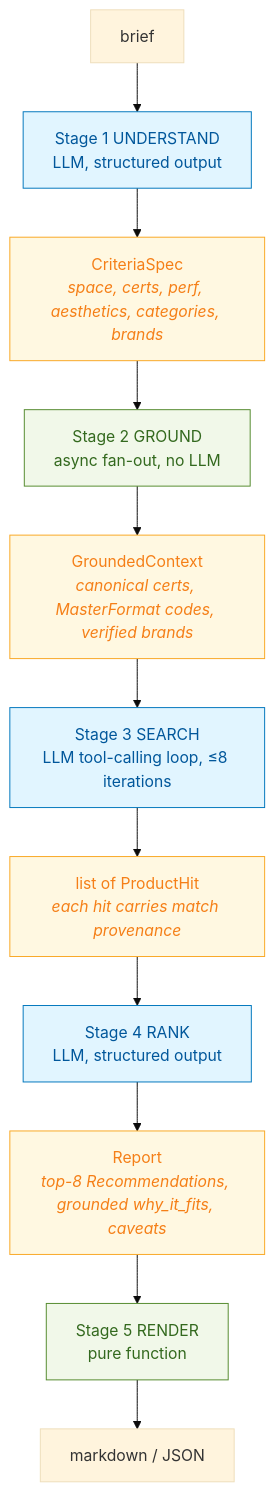
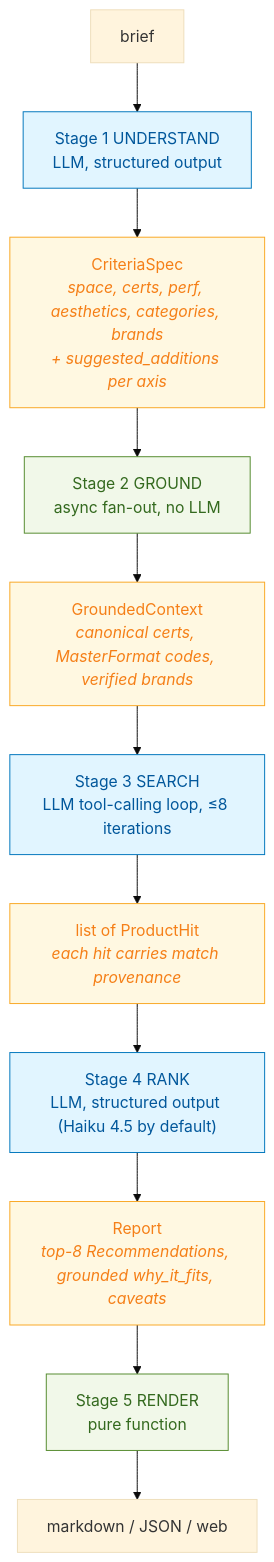
One commit to sungjunleeee/acelab-technical-challenge changed the first of 2 diagrams in README.md. Above: the diagram before and after it, drawn with Mermaid (base theme). The commit also changed other lines of this file, not shown here.

````diff
--- a/README.md
+++ b/README.md
@@ -68,20 +59,20 @@
 ```mermaid
 flowchart TD
     A[brief] --> B["Stage 1 UNDERSTAND<br/>LLM, structured output"]
-    B --> C["CriteriaSpec<br/><i>space, certs, perf, aesthetics, categories, brands</i>"]
+    B --> C["CriteriaSpec<br/><i>space, certs, perf, aesthetics, categories, brands<br/>+ suggested_additions per axis</i>"]
     C --> D["Stage 2 GROUND<br/>async fan-out, no LLM"]
     D --> E["GroundedContext<br/><i>canonical certs, MasterFormat codes, verified brands</i>"]
     E --> F["Stage 3 SEARCH<br/>LLM tool-calling loop, &le;8 iterations"]
     F --> G["list of ProductHit<br/><i>each hit carries match provenance</i>"]
-    G --> H["Stage 4 RANK<br/>LLM, structured output"]
+    G --> H["Stage 4 RANK<br/>LLM, structured output (Haiku 4.5 by default)"]
     H --> I["Report<br/><i>top-8 Recommendations, grounded why_it_fits, caveats</i>"]
     I --> J["Stage 5 RENDER<br/>pure function"]
-    J --> K[markdown / JSON]
+    J --> K[markdown / JSON / web]
 
     classDef llm fill:#e1f5ff,stroke:#0277bd,color:#01579b
     classDef pure fill:#f1f8e9,stroke:#558b2f,color:#33691e
     classDef data fill:#fff8e1,stroke:#f9a825,color:#f57f17
     class B,F,H llm
     class D,J pure
     class C,E,G,I data
 ```
````
